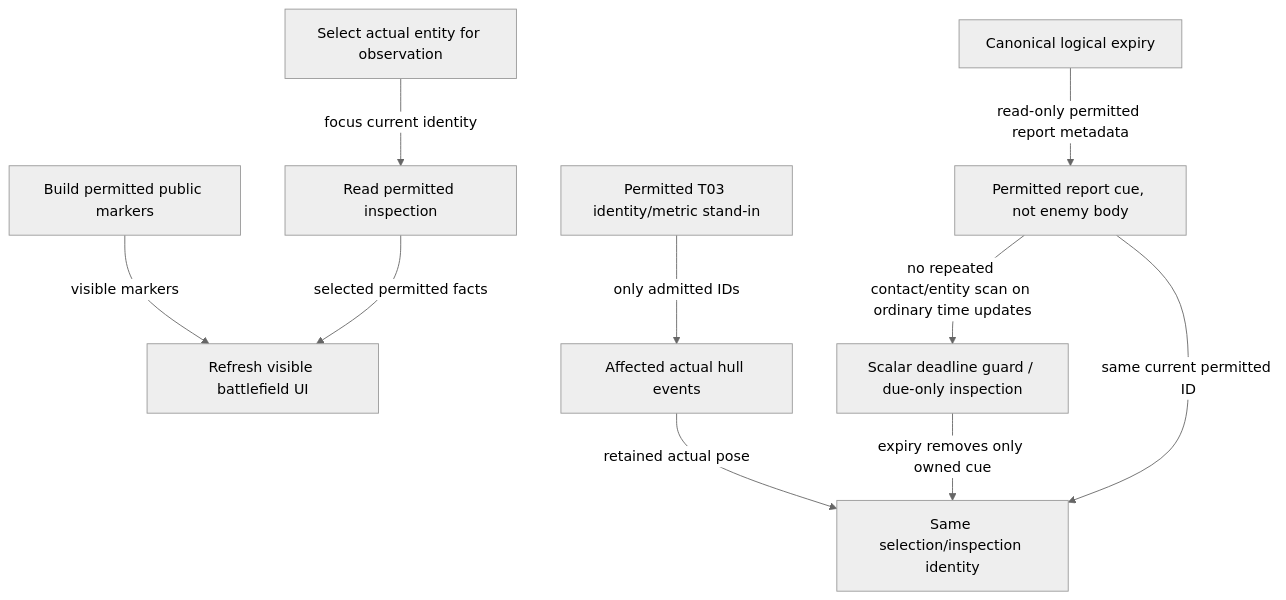
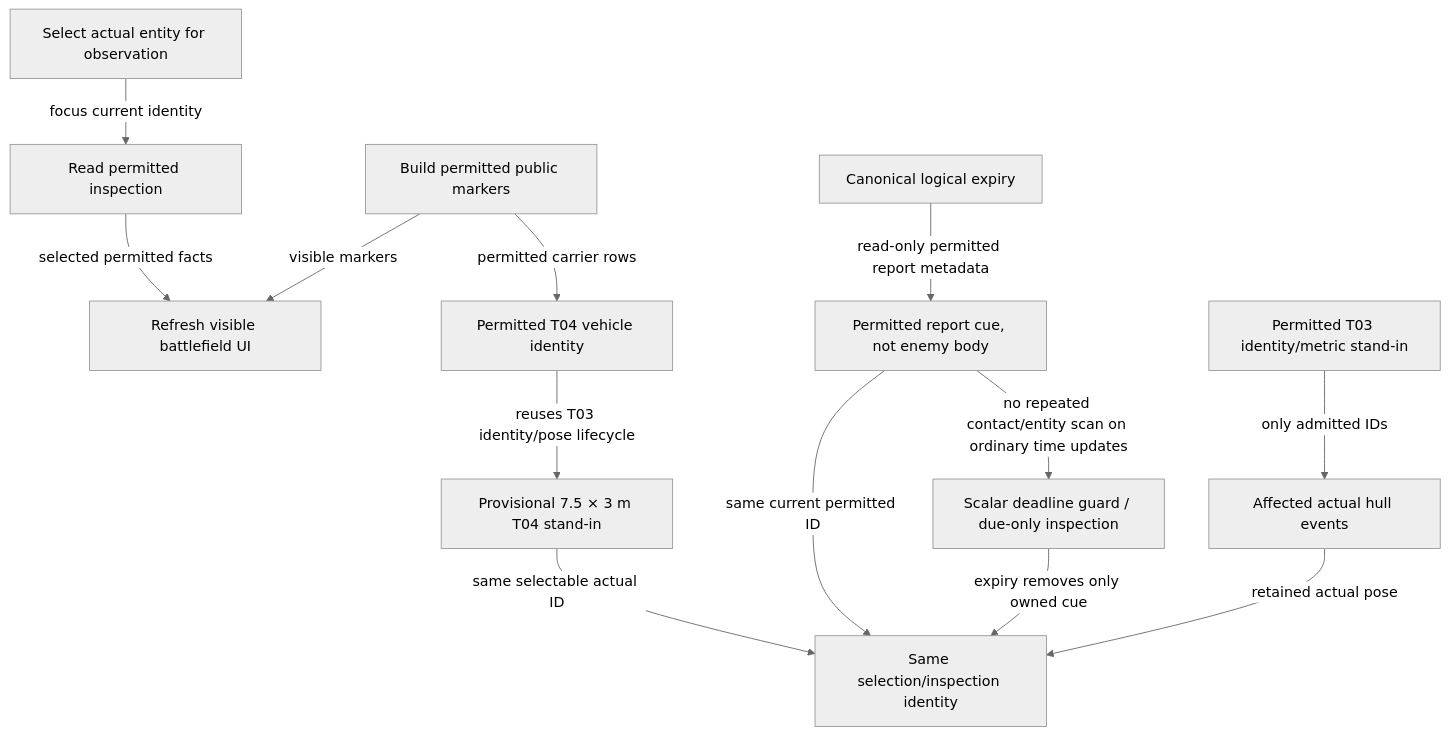
Diagram 42 of 51 in docs/system_atlas.md (TheInfinityIQ/Trencho_V4), drawn with Mermaid (neutral theme) before and after one commit. The commit also changed other lines of this file and 7 other files, not shown here.

````diff
--- a/docs/system_atlas.md
+++ b/docs/system_atlas.md
@@ -1346,22 +1346,27 @@
 ```mermaid
 flowchart TD
     n0["Build permitted public markers"]
     n1["Read permitted inspection"]
     n2["Refresh visible battlefield UI"]
     n3["Select actual entity for observation"]
     t03_admit["Permitted T03 identity/metric stand-in"]
     t03_motion["Affected actual hull events"]
     report_admit["Permitted report cue, not enemy body"]
     report_deadline["Canonical logical expiry"]
     report_due["Scalar deadline guard / due-only inspection"]
     field_anchor["Same selection/inspection identity"]
+    t04_admit["Permitted T04 vehicle identity"]
+    t04_shape["Provisional 7.5 × 3 m T04 stand-in"]
     n0 -->|"visible markers"| n2
     n1 -->|"selected permitted facts"| n2
     n3 -->|"focus current identity"| n1
     t03_admit -->|"only admitted IDs"| t03_motion
     t03_motion -->|"retained actual pose"| field_anchor
     report_deadline -->|"read-only permitted report metadata"| report_admit
     report_admit -->|"no repeated contact/entity scan on ordinary time updates"| report_due
     report_due -->|"expiry removes only owned cue"| field_anchor
     report_admit -->|"same current permitted ID"| field_anchor
+    n0 -->|"permitted carrier rows"| t04_admit
+    t04_admit -->|"reuses T03 identity/pose lifecycle"| t04_shape
+    t04_shape -->|"same selectable actual ID"| field_anchor
 ```
````
